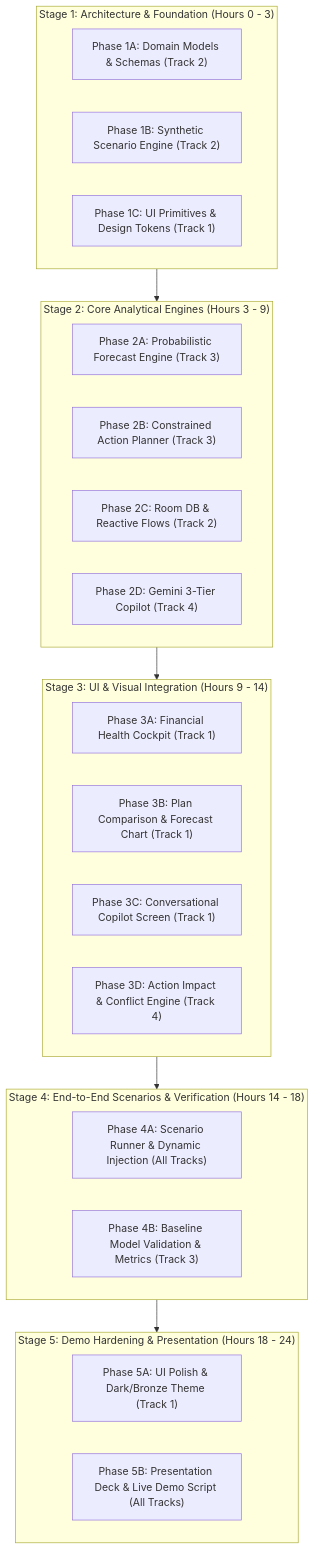
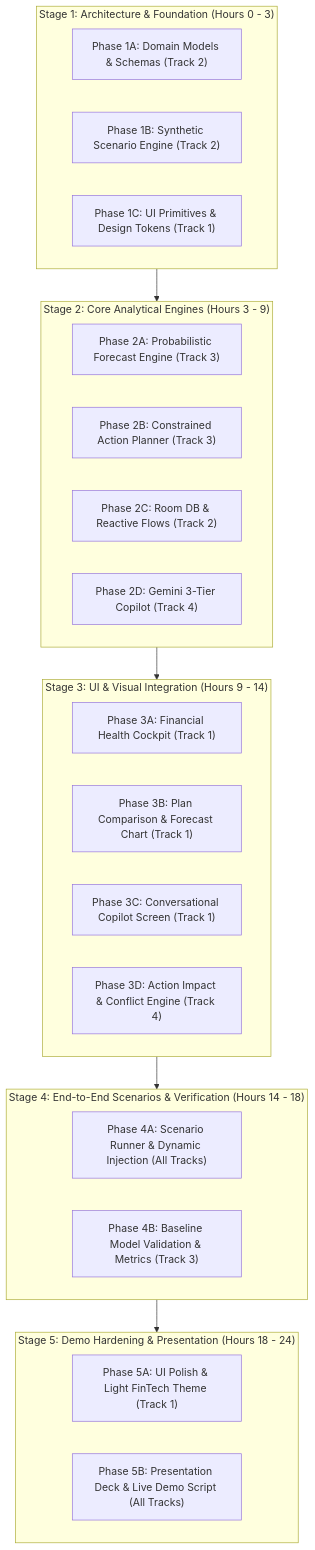
One commit to EPIC-SID/Financial_Management_System changed the diagram in HACKATHON_PLAN_Updated.md. Above: the diagram before and after it, drawn with Mermaid. The commit also changed other lines of this file and 6 other files, not shown here.

First line of the commit message:
docs: align Phase 1 guidance to light theme

````diff
--- a/HACKATHON_PLAN_Updated.md
+++ b/HACKATHON_PLAN_Updated.md
@@ -50,34 +50,34 @@
 ```mermaid
 flowchart TD
     subgraph Foundation["Stage 1: Architecture & Foundation (Hours 0 - 3)"]
         P1A["Phase 1A: Domain Models & Schemas (Track 2)"]
         P1B["Phase 1B: Synthetic Scenario Engine (Track 2)"]
         P1C["Phase 1C: UI Primitives & Design Tokens (Track 1)"]
     end
 
     subgraph CoreEngines["Stage 2: Core Analytical Engines (Hours 3 - 9)"]
         P2A["Phase 2A: Probabilistic Forecast Engine (Track 3)"]
         P2B["Phase 2B: Constrained Action Planner (Track 3)"]
         P2C["Phase 2C: Room DB & Reactive Flows (Track 2)"]
         P2D["Phase 2D: Gemini 3-Tier Copilot (Track 4)"]
     end
 
     subgraph UIComponents["Stage 3: UI & Visual Integration (Hours 9 - 14)"]
         P3A["Phase 3A: Financial Health Cockpit (Track 1)"]
         P3B["Phase 3B: Plan Comparison & Forecast Chart (Track 1)"]
         P3C["Phase 3C: Conversational Copilot Screen (Track 1)"]
         P3D["Phase 3D: Action Impact & Conflict Engine (Track 4)"]
     end
 
     subgraph Integration["Stage 4: End-to-End Scenarios & Verification (Hours 14 - 18)"]
         P4A["Phase 4A: Scenario Runner & Dynamic Injection (All Tracks)"]
         P4B["Phase 4B: Baseline Model Validation & Metrics (Track 3)"]
     end
 
     subgraph Polish["Stage 5: Demo Hardening & Presentation (Hours 18 - 24)"]
-        P5A["Phase 5A: UI Polish & Dark/Bronze Theme (Track 1)"]
+        P5A["Phase 5A: UI Polish & Light FinTech Theme (Track 1)"]
         P5B["Phase 5B: Presentation Deck & Live Demo Script (All Tracks)"]
     end
 
     Foundation --> CoreEngines --> UIComponents --> Integration --> Polish
 ```
````
